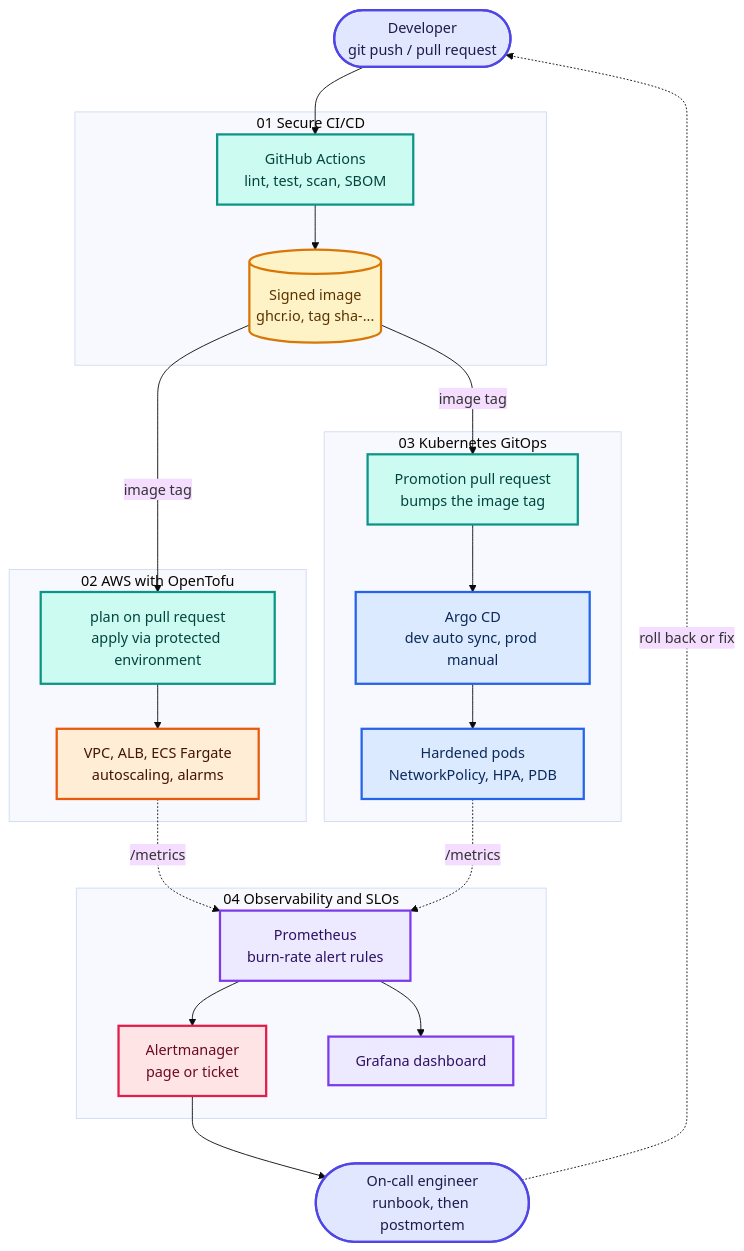
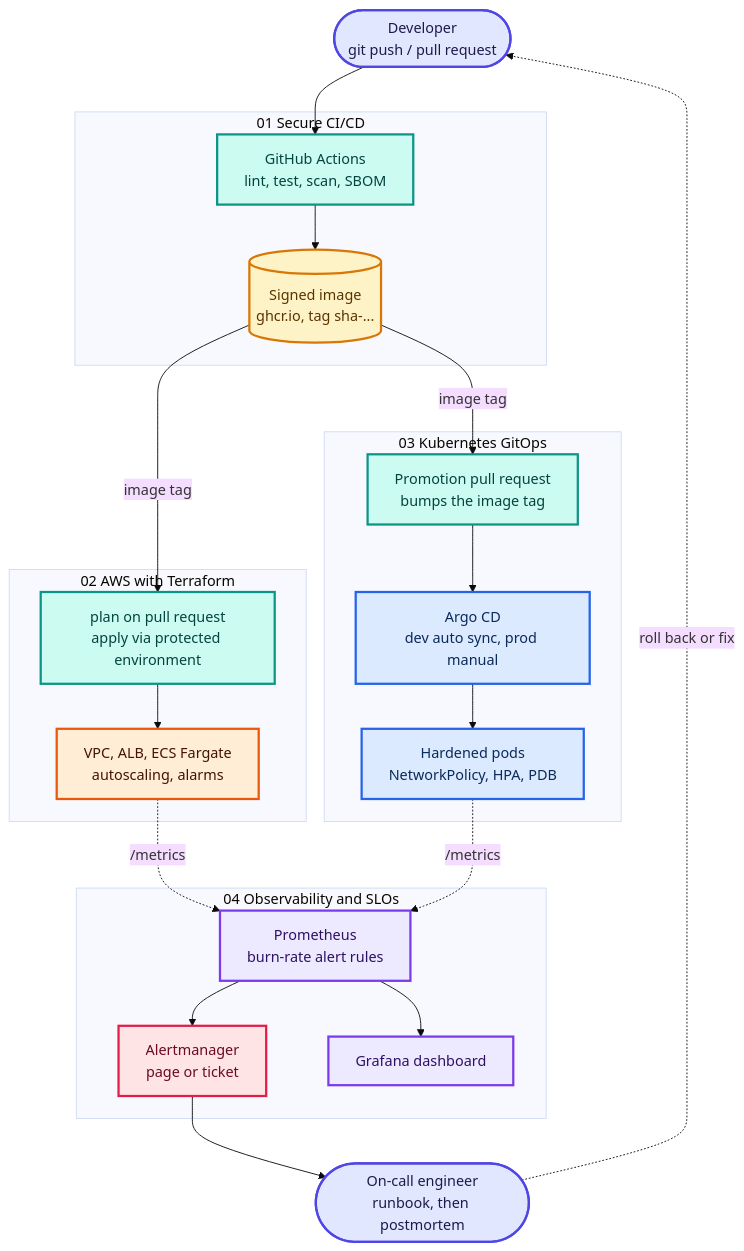
The diagram in projects/00-start-here/docs/schematics/00-end-to-end.mmd (Joxejaime/Projects-2026), drawn with Mermaid (base theme) before and after one commit. The commit also changed 17 other files, not shown here.

First line of the commit message:
Switch project 02 from OpenTofu to Terraform

```diff
--- a/projects/00-start-here/docs/schematics/00-end-to-end.mmd
+++ b/projects/00-start-here/docs/schematics/00-end-to-end.mmd
@@ -1,63 +1,63 @@
 %% title: Four projects, one service
 %% headline: From commit to on-call in four connected projects
 %% takeaway: One signed image is built once, deployed two ways, and watched against SLOs.
 %% legend: entry=People,guard=Pipelines,data=Artifact,app=Kubernetes delivery,cloud=AWS,obs=Observability,alert=Alerting
-%% caption: projects/01 to 04. The pipeline in project 01 publishes a signed image. Project 02 runs it on AWS with OpenTofu and project 03 on Kubernetes with Argo CD. Both expose /metrics, which project 04 turns into SLO burn-rate alerts that page the on-call engineer, who rolls back or fixes forward.
+%% caption: projects/01 to 04. The pipeline in project 01 publishes a signed image. Project 02 runs it on AWS with Terraform and project 03 on Kubernetes with Argo CD. Both expose /metrics, which project 04 turns into SLO burn-rate alerts that page the on-call engineer, who rolls back or fixes forward.
 flowchart TB
   dev(["Developer<br/>git push / pull request"])
 
   subgraph P1["01 Secure CI/CD"]
     ci["GitHub Actions<br/>lint, test, scan, SBOM"]
     img[("Signed image<br/>ghcr.io, tag sha-...")]
     ci --> img
   end
 
   dev --> ci
 
-  subgraph P2["02 AWS with OpenTofu"]
+  subgraph P2["02 AWS with Terraform"]
     tf["plan on pull request<br/>apply via protected environment"]
     aws["VPC, ALB, ECS Fargate<br/>autoscaling, alarms"]
     tf --> aws
   end
 
   subgraph P3["03 Kubernetes GitOps"]
     pr["Promotion pull request<br/>bumps the image tag"]
     argo["Argo CD<br/>dev auto sync, prod manual"]
     k8s["Hardened pods<br/>NetworkPolicy, HPA, PDB"]
     pr --> argo --> k8s
   end
 
   img -->|"image tag"| tf
   img -->|"image tag"| pr
 
   subgraph P4["04 Observability and SLOs"]
     prom["Prometheus<br/>burn-rate alert rules"]
     am["Alertmanager<br/>page or ticket"]
     gr["Grafana dashboard"]
     prom --> am
     prom --> gr
   end
 
   aws -.->|"/metrics"| prom
   k8s -.->|"/metrics"| prom
 
   oncall(["On-call engineer<br/>runbook, then postmortem"])
   am --> oncall
   oncall -.->|"roll back or fix"| dev
 
     classDef entry fill:#E0E7FF,stroke:#4F46E5,stroke-width:2.5px,color:#1E1B4B
     classDef app fill:#DBEAFE,stroke:#2563EB,stroke-width:2.5px,color:#0B2A5B
     classDef guard fill:#CCFBF1,stroke:#0D9488,stroke-width:2.5px,color:#04443F
     classDef data fill:#FEF3C7,stroke:#D97706,stroke-width:2.5px,color:#5B3300
     classDef obs fill:#EDE9FE,stroke:#7C3AED,stroke-width:2.5px,color:#2E1065
     classDef alert fill:#FFE4E6,stroke:#E11D48,stroke-width:2.5px,color:#6B0A20
     classDef ok fill:#DCFCE7,stroke:#16A34A,stroke-width:2.5px,color:#052E16
     classDef cloud fill:#FFEDD5,stroke:#EA580C,stroke-width:2.5px,color:#431407
     classDef neutral fill:#F1F5F9,stroke:#64748B,stroke-width:2.5px,color:#0F172A
     class dev,oncall entry
     class ci,tf,pr guard
     class img data
     class aws cloud
     class argo,k8s app
     class prom,gr obs
     class am alert
```
